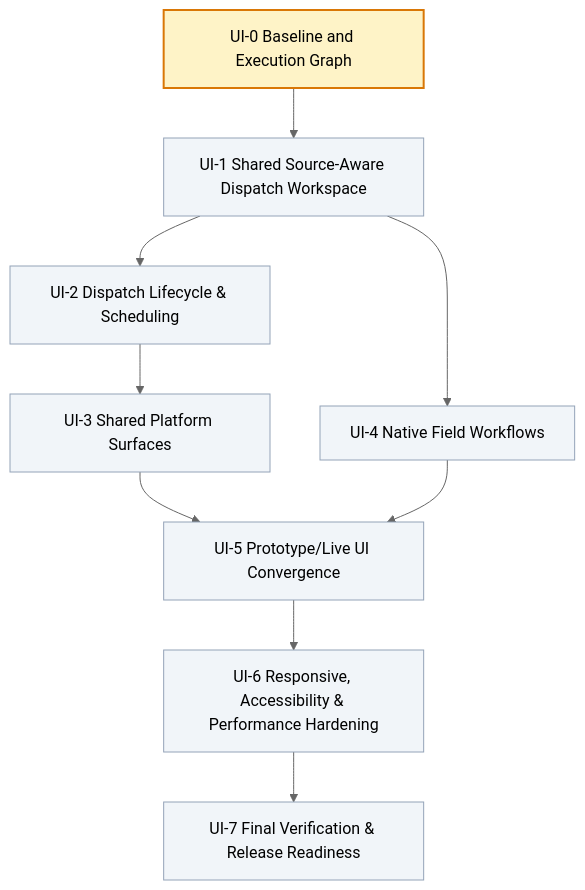
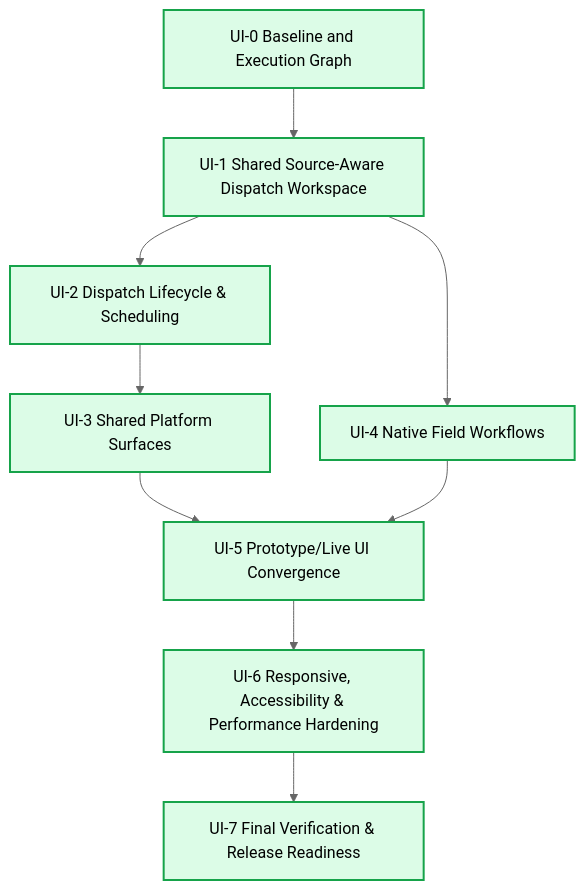
Before and after one commit to Darktodoom123/Core-2: the diagram in .ai-reports/ui-execution/UI-EXECUTION-GRAPH.md, drawn with Mermaid (neutral theme). The commit also changed other lines of this file and 12 other files, not shown here.

````diff
--- a/.ai-reports/ui-execution/UI-EXECUTION-GRAPH.md
+++ b/.ai-reports/ui-execution/UI-EXECUTION-GRAPH.md
@@ -12,18 +13,15 @@
 ```mermaid
 flowchart TD
     UI0["UI-0 Baseline and Execution Graph"] --> UI1["UI-1 Shared Source-Aware Dispatch Workspace"]
     UI1 --> UI2["UI-2 Dispatch Lifecycle & Scheduling"]
     UI1 --> UI4["UI-4 Native Field Workflows"]
     UI2 --> UI3["UI-3 Shared Platform Surfaces"]
     UI3 --> UI5["UI-5 Prototype/Live UI Convergence"]
     UI4 --> UI5
     UI5 --> UI6["UI-6 Responsive, Accessibility & Performance Hardening"]
     UI6 --> UI7["UI-7 Final Verification & Release Readiness"]
 
     classDef passed fill:#dcfce7,stroke:#16a34a,stroke-width:2px;
-    classDef running fill:#fef3c7,stroke:#d97706,stroke-width:2px;
-    classDef pending fill:#f1f5f9,stroke:#94a3b8,stroke-width:1px;
 
-    class UI0 running;
-    class UI1,UI2,UI3,UI4,UI5,UI6,UI7 pending;
+    class UI0,UI1,UI2,UI3,UI4,UI5,UI6,UI7 passed;
 ```
````
